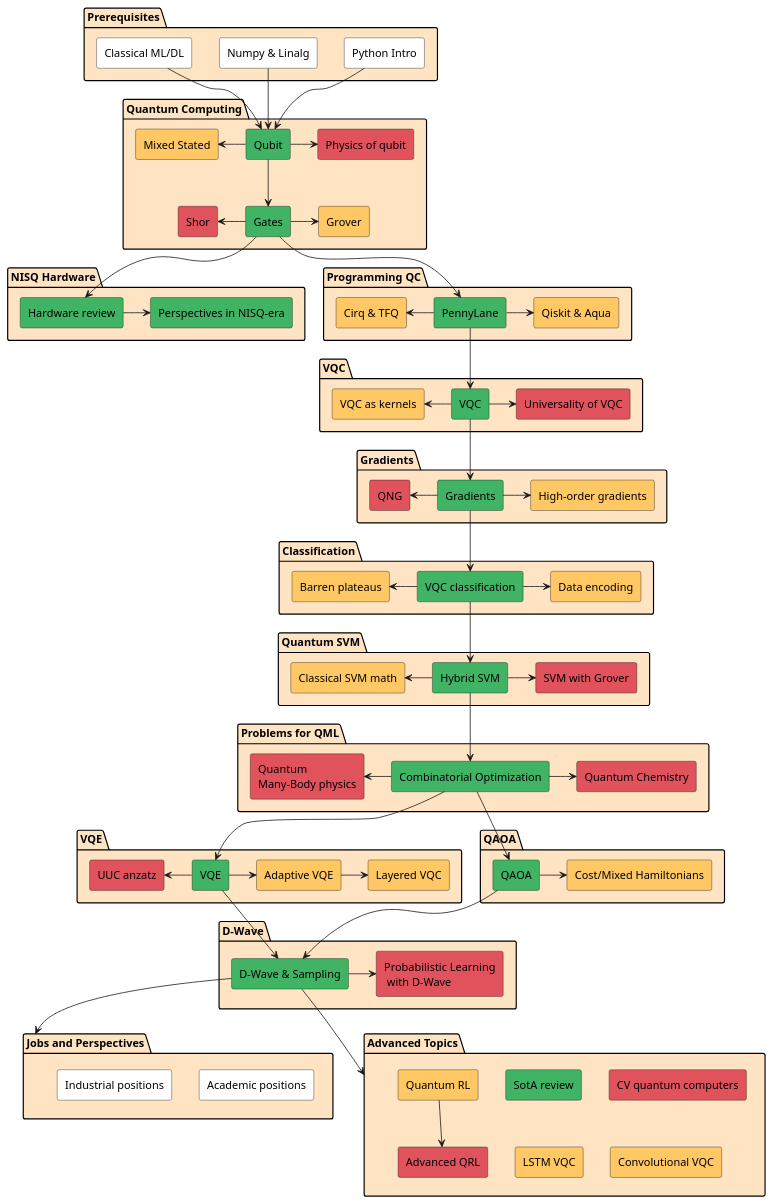
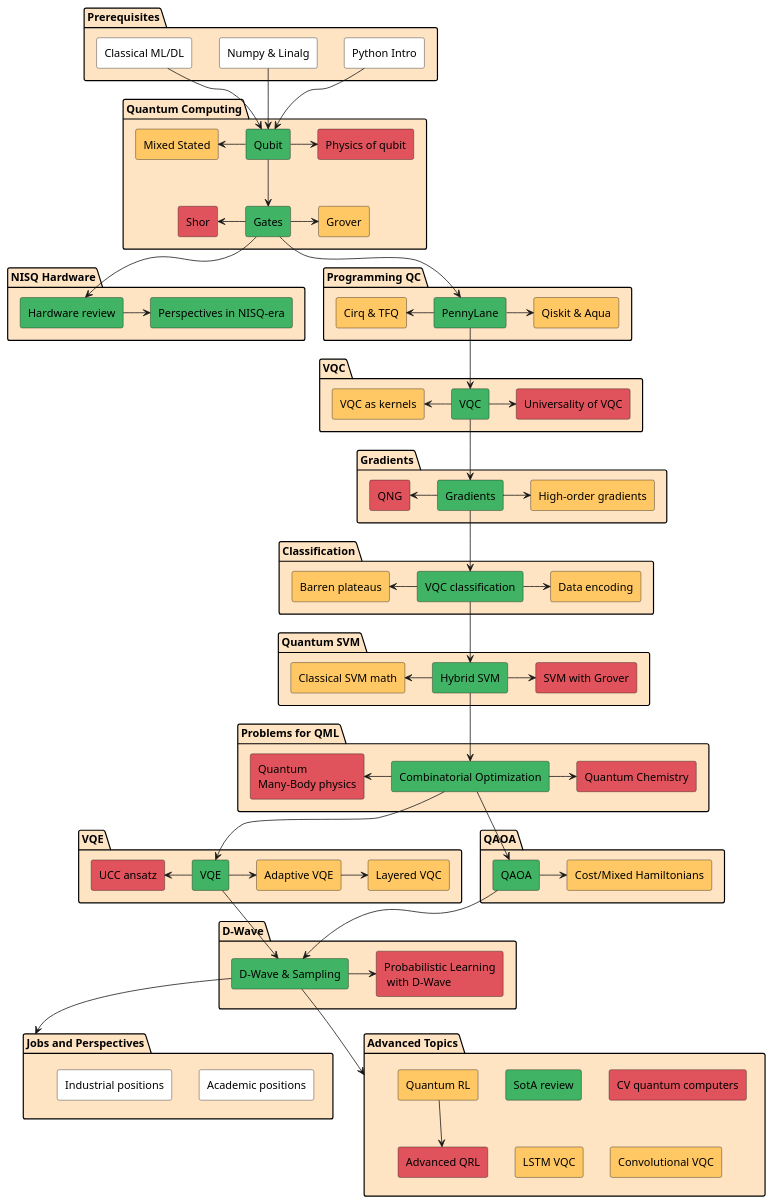
Before and after one commit to polyzer/qmlcourse: the diagram in _static/index/program.plantuml, drawn with PlantUML. The commit also changed 60 other files, not shown here.

```diff
--- a/_static/index/program.plantuml
+++ b/_static/index/program.plantuml
@@ -1,144 +1,144 @@
 @startuml
 package "Prerequisites" #Bisque {
         rectangle "Python Intro" as python #White
         rectangle "Numpy & Linalg" as numpy #White
         rectangle "Classical ML/DL" as ml #White
 }
 
 package "Quantum Computing" as qci #Bisque {
         rectangle "Qubit" as qubit #40B464
         rectangle "Gates" as gates #40B464
         rectangle "Physics of qubit" as physq #E0535C
         rectangle "Mixed Stated" as mixed #FFC864
         rectangle "Grover" as grover #FFC864
         rectangle "Shor" as shor #E0535C
 }
 
 package "NISQ Hardware" #Bisque {
         rectangle "Hardware review" as review #40B464
         rectangle "Perspectives in NISQ-era" as nisq #40B464
 }
 
 package "Programming QC" #Bisque {
         rectangle "PennyLane" as pennylane #40B464
         rectangle "Qiskit & Aqua" as qiskit #FFC864
         rectangle "Cirq & TFQ" as cirq #FFC864
 }
 
 package "VQC" #Bisque {
         rectangle "VQC" as vqc #40B464
         rectangle "VQC as kernels" as kernelvqc #FFC864
         rectangle "Universality of VQC" as univvqc #E0535C
 }
 
 package "Gradients" #Bisque {
         rectangle "Gradients" as grad #40B464
         rectangle "High-order gradients" as hograd #FFC864
         rectangle "QNG" as qng #E0535C
 }
 
 package "Classification" #Bisque {
         rectangle "VQC classification" as vqcc #40B464
         rectangle "Barren plateaus" as barren #FFC864
         rectangle "Data encoding" as encoding #FFC864
 }
 
 package "Quantum SVM" #Bisque {
         rectangle "Hybrid SVM" as hsvm #40B464
         rectangle "Classical SVM math" as csvm #FFC864
         rectangle "SVM with Grover" as gsvm #E0535C
 }
 
 package "Problems for QML" #Bisque {
         rectangle "Combinatorial Optimization" as copt #40B464
         rectangle "Quantum\nMany-Body physics" as qmbp #E0535C
         rectangle "Quantum Chemistry" as qchem #E0535C
 }
 
 package "VQE" #Bisque {
         rectangle "VQE" as vqe #40B464
         rectangle "Adaptive VQE" as avqe #FFC864
         rectangle "Layered VQC" as lvqe #FFC864
-        rectangle "UUC anzatz" as uuc #E0535C
+        rectangle "UCC ansatz" as uuc #E0535C
 }
 
 package "QAOA" #Bisque {
         rectangle "QAOA" as qaoa #40B464
         rectangle "Cost/Mixed Hamiltonians" as hams #FFC864
 }
 
 package "D-Wave" #Bisque {
         rectangle "D-Wave & Sampling" as dwave #40B464
         rectangle "Probabilistic Learning\n with D-Wave" as probml #E0535C
 }
 
 package "Jobs and Perspectives" as jobs #Bisque {
         rectangle "Academic positions" as academic #White
         rectangle "Industrial positions" as industrial #White
 }
 
 package "Advanced Topics" as adv #Bisque {
         rectangle "SotA review" as sota #40B464
         rectangle "Quantum RL" as qrl #FFC864
         rectangle "Advanced QRL" as aqrl #E0535C
         rectangle "CV quantum computers" as svqc #E0535C
         rectangle "LSTM VQC" as lstm #FFC864
         rectangle "Convolutional VQC" as convvqc #FFC864
 }
 
 
 python --> qubit
 numpy --> qubit
 ml --> qubit
 
 qubit --> gates
 qubit -> physq
 mixed <- qubit
 gates -> grover
 shor <- gates
 
 gates --> review
 review -> nisq
 
 gates --> pennylane
 cirq <- pennylane
 pennylane -> qiskit
 
 pennylane --> vqc
 kernelvqc <- vqc
 vqc -> univvqc
 
 vqc --> grad
 qng <- grad
 grad -> hograd
 
 grad --> vqcc
 barren <- vqcc
 vqcc -> encoding
 
 vqcc --> hsvm
 csvm <- hsvm
 hsvm -> gsvm
 
 hsvm --> copt
 qmbp <- copt
 copt -> qchem
 
 copt --> vqe
 uuc <- vqe
 vqe -> avqe
 avqe -> lvqe
 
 copt --> qaoa
 qaoa -> hams
 
 qaoa --> dwave
 vqe --> dwave
 dwave -> probml
 
 dwave --> jobs
 
 dwave -->adv
 qrl --> aqrl
 
 @enduml
```
